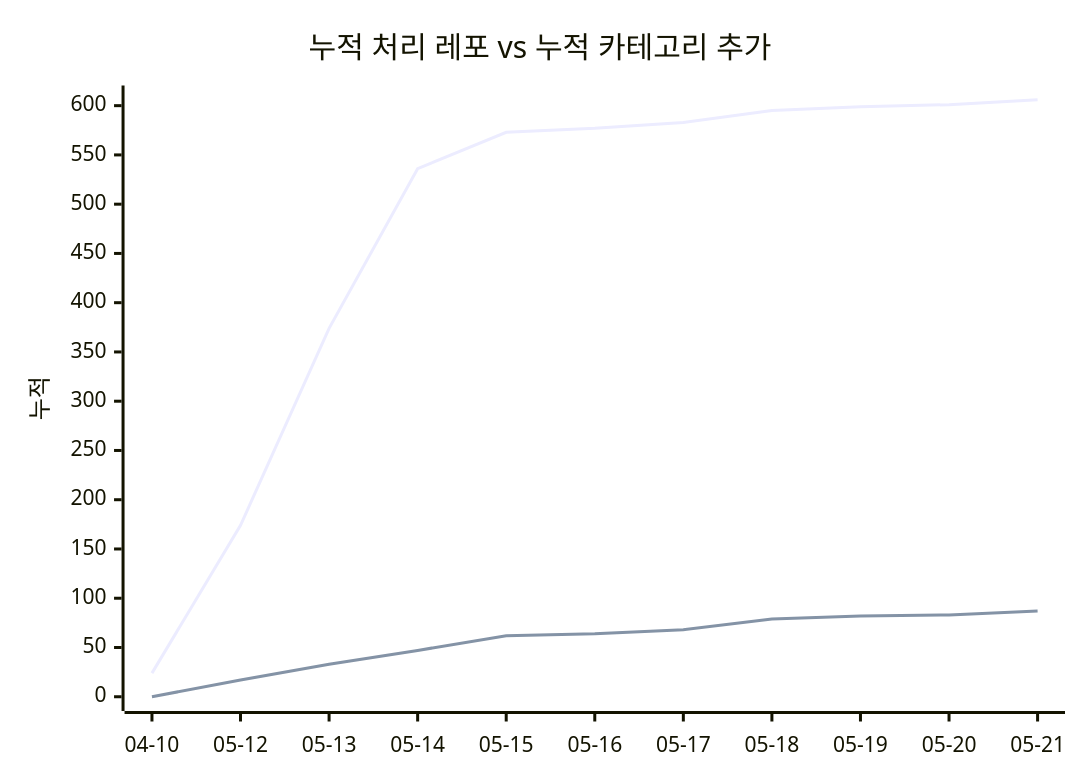
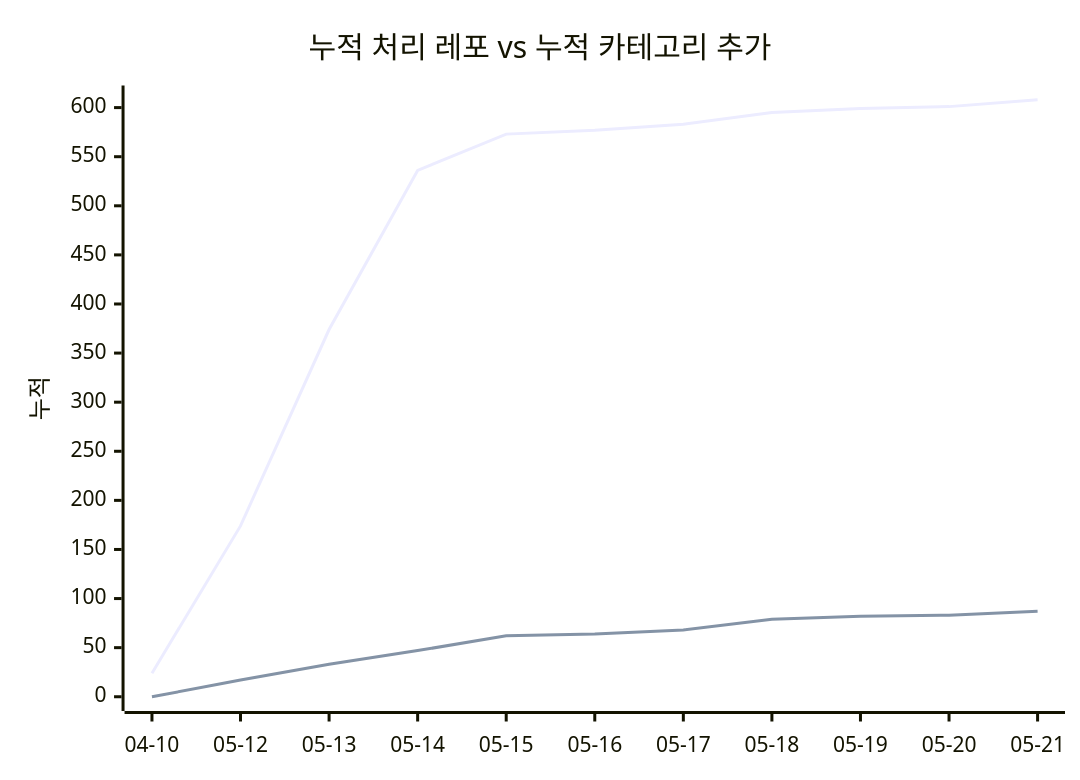
The second of 2 diagrams in docs/trends.md (J-nowcow/awesome-korean-agent-skills), drawn with Mermaid before and after one commit. The commit also changed other lines of this file and 2 other files, not shown here.

````diff
--- a/docs/trends.md
+++ b/docs/trends.md
@@ -65,8 +65,8 @@
 ```mermaid
 xychart-beta
     title "누적 처리 레포 vs 누적 카테고리 추가"
     x-axis ["04-10","05-12","05-13","05-14","05-15","05-16","05-17","05-18","05-19","05-20","05-21"]
     y-axis "누적"
-    line [24,174,374,536,573,577,583,595,599,601,606]
+    line [24,174,374,536,573,577,583,595,599,601,608]
     line [0,17,33,47,62,64,68,79,82,83,87]
 ```
````
